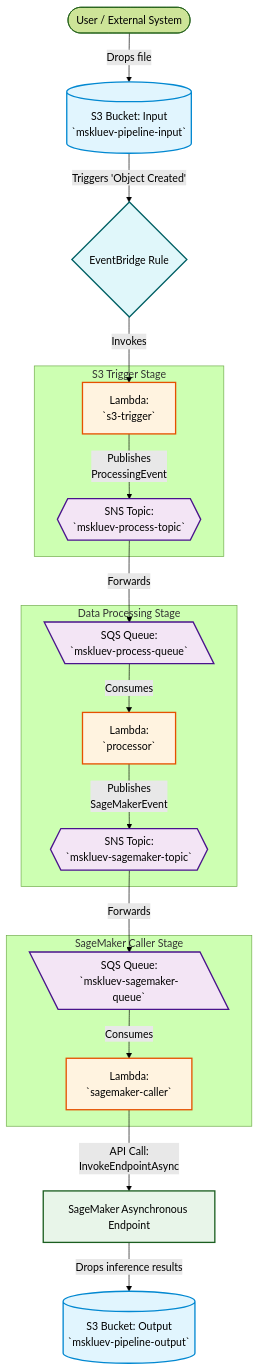
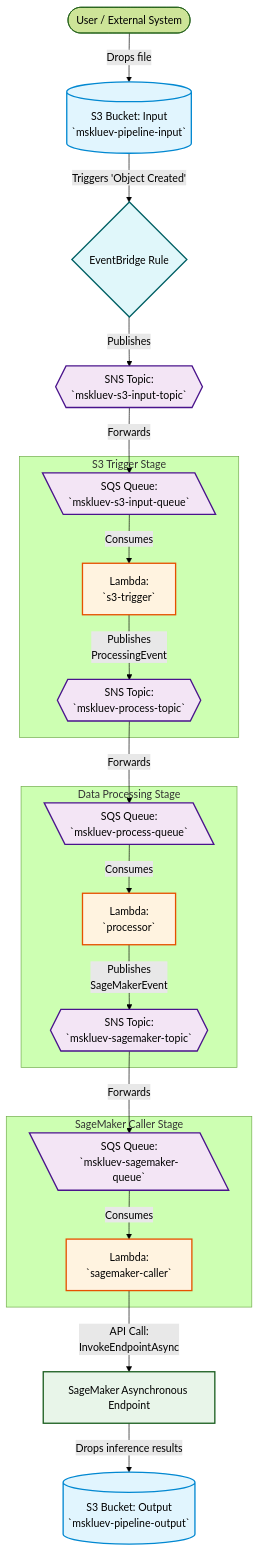
One commit to mskluev/test-pipeline changed the diagram in README.md. Above: the diagram before and after it, drawn with Mermaid (forest theme). The commit also changed 5 other files, not shown here.

Commit message:
s3 event not publishes to a topic

````diff
--- a/README.md
+++ b/README.md
@@ -13,53 +13,57 @@
 ```mermaid
 flowchart TD
     %% Define Node Styles
     classDef input fill:#e1f5fe,stroke:#0288d1,stroke-width:2px;
     classDef compute fill:#fff3e0,stroke:#e65100,stroke-width:2px;
     classDef messaging fill:#f3e5f5,stroke:#4a148c,stroke-width:2px;
     classDef ml fill:#e8f5e9,stroke:#1b5e20,stroke-width:2px;
     classDef event fill:#e0f7fa,stroke:#006064,stroke-width:2px;
 
     User([User / External System]) -->|Drops file| S3_Input
     
     %% Storage & Initial Trigger
     S3_Input[(S3 Bucket: Input\n`mskluev-pipeline-input`)]:::input
     S3_Input -->|Triggers 'Object Created'| EventBridge
     
     EventBridge{EventBridge Rule}:::event
-    EventBridge -->|Invokes| Lambda_S3_Trigger
+    EventBridge -->|Publishes| SNS_Input
+    SNS_Input{{SNS Topic:\n`mskluev-s3-input-topic`}}:::messaging
     
     %% Processing Pipeline Part 1
     subgraph S3 Trigger Stage
+    SQS_Input[\SQS Queue:\n`mskluev-s3-input-queue`\]:::messaging
     Lambda_S3_Trigger[Lambda:\n`s3-trigger`]:::compute
     SNS_Process{{SNS Topic:\n`mskluev-process-topic`}}:::messaging
     end
     
+    SNS_Input -->|Forwards| SQS_Input
+    SQS_Input -->|Consumes| Lambda_S3_Trigger
     Lambda_S3_Trigger -->|Publishes\nProcessingEvent| SNS_Process
     SNS_Process -->|Forwards| SQS_Process
     
     %% Processing Pipeline Part 2
     subgraph Data Processing Stage
     SQS_Process[\SQS Queue:\n`mskluev-process-queue`\]:::messaging
     Lambda_Processor[Lambda:\n`processor`]:::compute
     SNS_SageMaker{{SNS Topic:\n`mskluev-sagemaker-topic`}}:::messaging
     end
     
     SQS_Process -->|Consumes| Lambda_Processor
     Lambda_Processor -->|Publishes\nSageMakerEvent| SNS_SageMaker
     SNS_SageMaker -->|Forwards| SQS_SageMaker
     
     %% Inference Pipeline Part 3
     subgraph SageMaker Caller Stage
     SQS_SageMaker[\SQS Queue:\n`mskluev-sagemaker-queue`\]:::messaging
     Lambda_SageMaker[Lambda:\n`sagemaker-caller`]:::compute
     end
     
     SQS_SageMaker -->|Consumes| Lambda_SageMaker
     Lambda_SageMaker -->|API Call:\nInvokeEndpointAsync| SageMaker
     
     %% External / ML Processing
     SageMaker[SageMaker Asynchronous Endpoint]:::ml
     SageMaker -->|Drops inference results| S3_Output
     
     S3_Output[(S3 Bucket: Output\n`mskluev-pipeline-output`)]:::input
 ```
````
